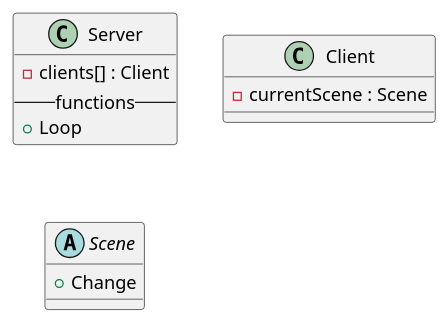
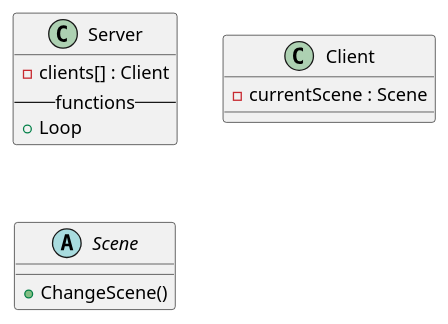
Before and after one commit to Ev31cktech/InscriptionMP: the diagram in Documents/Diagrams/Almighty class diagram.adoc, drawn with PlantUML. The commit also changed other lines of this file and 91 other files, not shown here.

```diff
--- a/Documents/Diagrams/Almighty class diagram.adoc
+++ b/Documents/Diagrams/Almighty class diagram.adoc
@@ -1,17 +1,18 @@
 [plantuml, class-diagram, svg]
 ----
 @startuml
 class Server{
 	- clients[] : Client
 	--functions--
 	+ Loop
 }
 class Client{
 	- currentScene : Scene
 }
 abstract class Scene{
-	+ Change
+	+ ChangeScene()
 }
 @enduml
 
+
 ----
```
